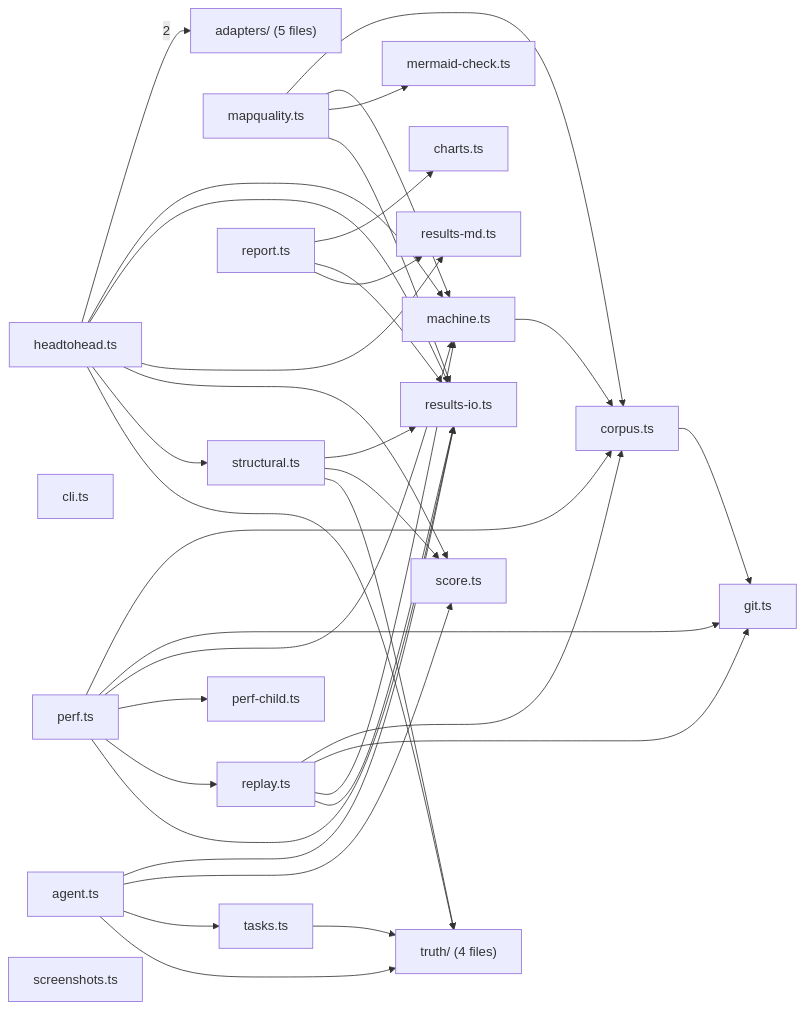
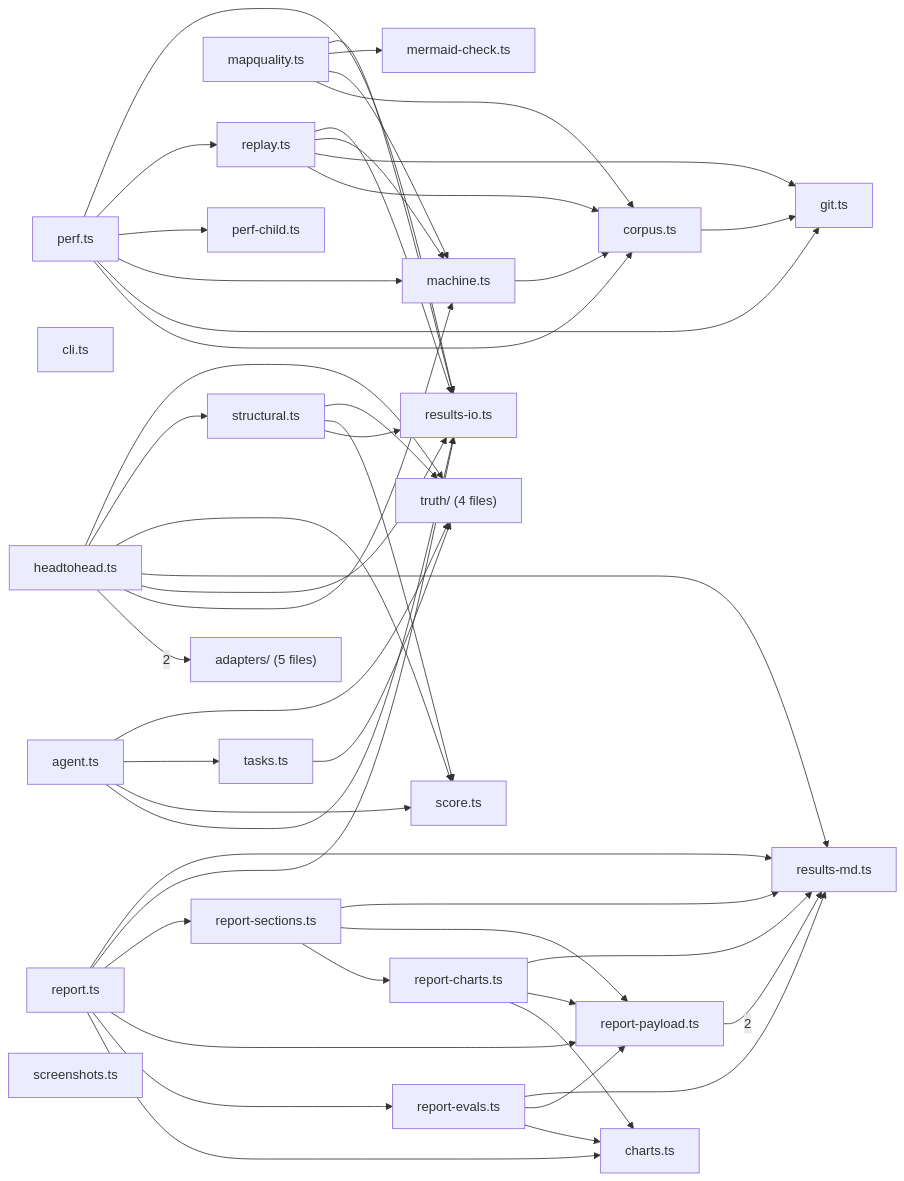
The second of 5 diagrams in .greplost/packages/greplost__bench/MAP.md (sns45/greplost), drawn with Mermaid before and after one commit. The commit also changed other lines of this file and 19 other files, not shown here.

````diff
--- a/.greplost/packages/greplost__bench/MAP.md
+++ b/.greplost/packages/greplost__bench/MAP.md
@@ -92,58 +100,75 @@
 ```mermaid
 graph LR
   bench_src_adapters["adapters/ #40;5 files#41;"]
   bench_src_agent_ts["agent.ts"]
   bench_src_charts_ts["charts.ts"]
   bench_src_cli_ts["cli.ts"]
   bench_src_corpus_ts["corpus.ts"]
   bench_src_git_ts["git.ts"]
   bench_src_headtohead_ts["headtohead.ts"]
   bench_src_machine_ts["machine.ts"]
   bench_src_mapquality_ts["mapquality.ts"]
   bench_src_mermaid_check_ts["mermaid-check.ts"]
   bench_src_perf_child_ts["perf-child.ts"]
   bench_src_perf_ts["perf.ts"]
   bench_src_replay_ts["replay.ts"]
+  bench_src_report_charts_ts["report-charts.ts"]
+  bench_src_report_evals_ts["report-evals.ts"]
+  bench_src_report_payload_ts["report-payload.ts"]
+  bench_src_report_sections_ts["report-sections.ts"]
   bench_src_report_ts["report.ts"]
   bench_src_results_io_ts["results-io.ts"]
   bench_src_results_md_ts["results-md.ts"]
   bench_src_score_ts["score.ts"]
   bench_src_screenshots_ts["screenshots.ts"]
   bench_src_structural_ts["structural.ts"]
   bench_src_tasks_ts["tasks.ts"]
   bench_src_truth["truth/ #40;4 files#41;"]
   bench_src_agent_ts --> bench_src_results_io_ts
   bench_src_agent_ts --> bench_src_score_ts
   bench_src_agent_ts --> bench_src_tasks_ts
   bench_src_agent_ts --> bench_src_truth
   bench_src_corpus_ts --> bench_src_git_ts
   bench_src_headtohead_ts -->|2| bench_src_adapters
   bench_src_headtohead_ts --> bench_src_machine_ts
   bench_src_headtohead_ts --> bench_src_results_io_ts
   bench_src_headtohead_ts --> bench_src_results_md_ts
   bench_src_headtohead_ts --> bench_src_score_ts
   bench_src_headtohead_ts --> bench_src_structural_ts
   bench_src_headtohead_ts --> bench_src_truth
   bench_src_machine_ts --> bench_src_corpus_ts
   bench_src_mapquality_ts --> bench_src_corpus_ts
   bench_src_mapquality_ts --> bench_src_machine_ts
   bench_src_mapquality_ts --> bench_src_mermaid_check_ts
   bench_src_mapquality_ts --> bench_src_results_io_ts
   bench_src_perf_ts --> bench_src_corpus_ts
   bench_src_perf_ts --> bench_src_git_ts
   bench_src_perf_ts --> bench_src_machine_ts
   bench_src_perf_ts --> bench_src_perf_child_ts
   bench_src_perf_ts --> bench_src_replay_ts
   bench_src_perf_ts --> bench_src_results_io_ts
   bench_src_replay_ts --> bench_src_corpus_ts
   bench_src_replay_ts --> bench_src_git_ts
   bench_src_replay_ts --> bench_src_machine_ts
   bench_src_replay_ts --> bench_src_results_io_ts
+  bench_src_report_charts_ts --> bench_src_charts_ts
+  bench_src_report_charts_ts --> bench_src_report_payload_ts
+  bench_src_report_charts_ts --> bench_src_results_md_ts
+  bench_src_report_evals_ts --> bench_src_charts_ts
+  bench_src_report_evals_ts --> bench_src_report_payload_ts
+  bench_src_report_evals_ts --> bench_src_results_md_ts
+  bench_src_report_payload_ts -->|2| bench_src_results_md_ts
+  bench_src_report_sections_ts --> bench_src_report_charts_ts
+  bench_src_report_sections_ts --> bench_src_report_payload_ts
+  bench_src_report_sections_ts --> bench_src_results_md_ts
   bench_src_report_ts --> bench_src_charts_ts
+  bench_src_report_ts --> bench_src_report_evals_ts
+  bench_src_report_ts --> bench_src_report_payload_ts
+  bench_src_report_ts --> bench_src_report_sections_ts
   bench_src_report_ts --> bench_src_results_io_ts
   bench_src_report_ts --> bench_src_results_md_ts
   bench_src_structural_ts --> bench_src_results_io_ts
   bench_src_structural_ts --> bench_src_score_ts
   bench_src_structural_ts --> bench_src_truth
   bench_src_tasks_ts --> bench_src_truth
 ```
````
